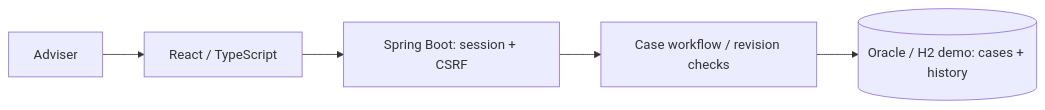
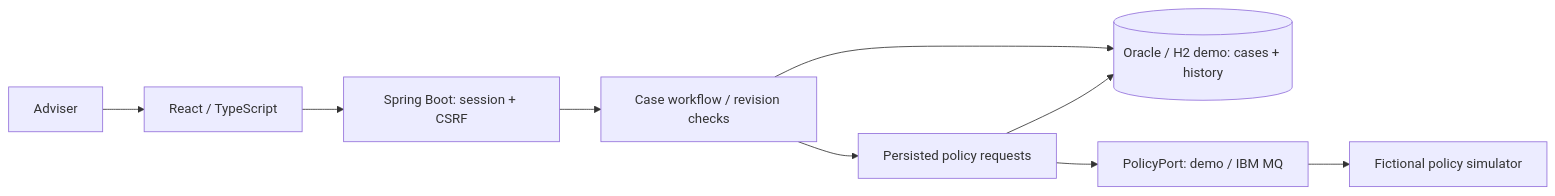
Before and after one commit to ChuDucAnh242002/Life-Pension-workspace: the diagram in README.md, drawn with Mermaid. The commit also changed other lines of this file, not shown here.

Commit message:
docs: explain policy integration and record live MQ verification

````diff
--- a/README.md
+++ b/README.md
@@ -74,7 +88,11 @@
 ```mermaid
 flowchart LR
     Adviser --> UI["React / TypeScript"]
     UI --> API["Spring Boot: session + CSRF"]
     API --> Cases["Case workflow / revision checks"]
     Cases --> DB[("Oracle / H2 demo: cases + history")]
+    Cases --> Policy["Persisted policy requests"]
+    Policy --> Port["PolicyPort: demo / IBM MQ"]
+    Port --> Simulator["Fictional policy simulator"]
+    Policy --> DB
 ```
````
